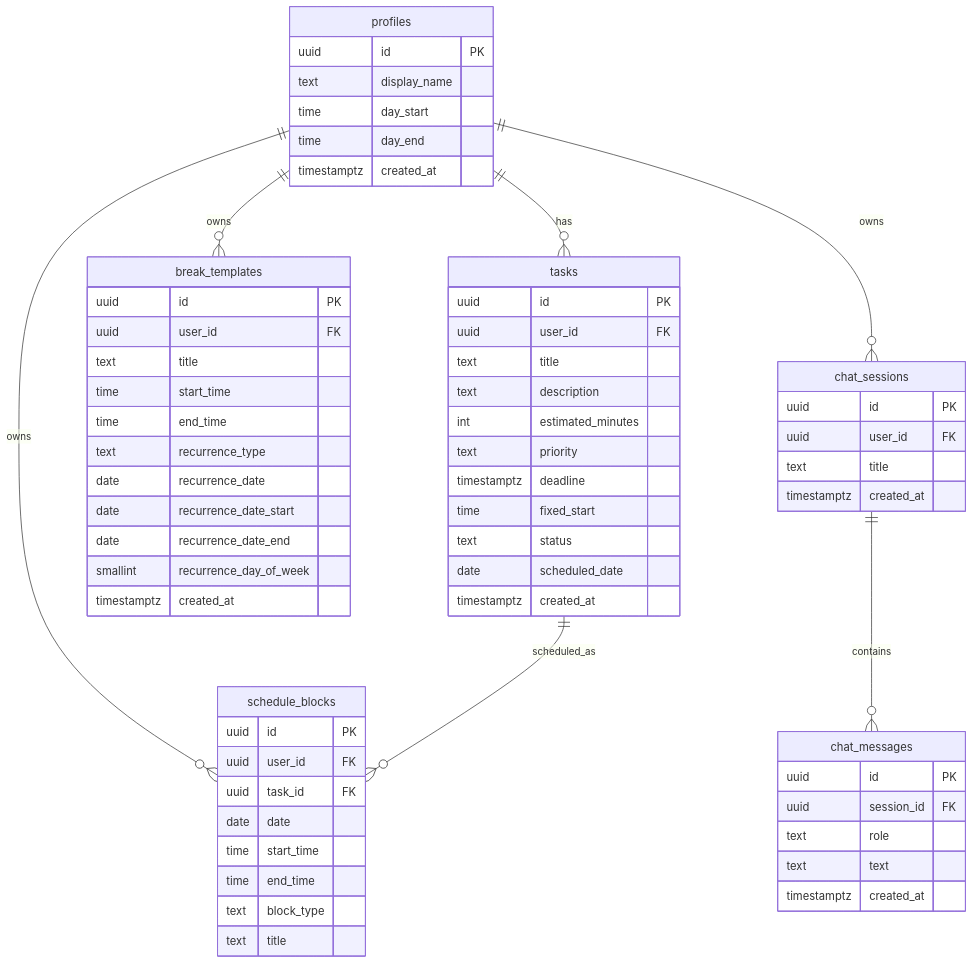
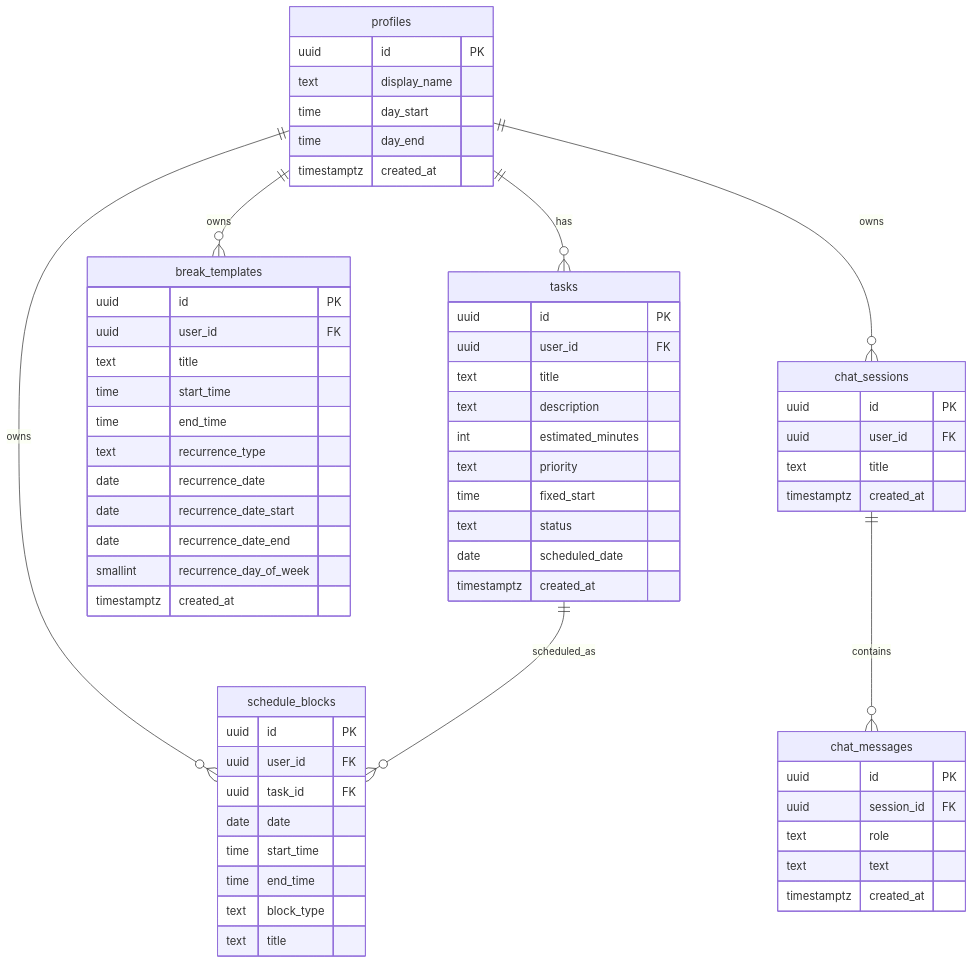
One commit to elianhareli22-creator/SmartTime changed the diagram in README.md. Above: the diagram before and after it, drawn with Mermaid. The commit also changed other lines of this file and 1 other file, not shown here.

Commit message:
docs: fix ERD (remove deadline column), add production link to README

````diff
--- a/README.md
+++ b/README.md
@@ -33,71 +35,70 @@
 ```mermaid
 erDiagram
   profiles ||--o{ tasks : "has"
   profiles ||--o{ schedule_blocks : "owns"
   profiles ||--o{ break_templates : "owns"
   profiles ||--o{ chat_sessions : "owns"
   tasks ||--o{ schedule_blocks : "scheduled_as"
   chat_sessions ||--o{ chat_messages : "contains"
 
   profiles {
     uuid id PK
     text display_name
     time day_start
     time day_end
     timestamptz created_at
   }
 
   tasks {
     uuid id PK
     uuid user_id FK
     text title
     text description
     int estimated_minutes
     text priority
-    timestamptz deadline
     time fixed_start
     text status
     date scheduled_date
     timestamptz created_at
   }
 
   schedule_blocks {
     uuid id PK
     uuid user_id FK
     uuid task_id FK
     date date
     time start_time
     time end_time
     text block_type
     text title
   }
 
   break_templates {
     uuid id PK
     uuid user_id FK
     text title
     time start_time
     time end_time
     text recurrence_type
     date recurrence_date
     date recurrence_date_start
     date recurrence_date_end
     smallint recurrence_day_of_week
     timestamptz created_at
   }
 
   chat_sessions {
     uuid id PK
     uuid user_id FK
     text title
     timestamptz created_at
   }
 
   chat_messages {
     uuid id PK
     uuid session_id FK
     text role
     text text
     timestamptz created_at
   }
 ```
````
